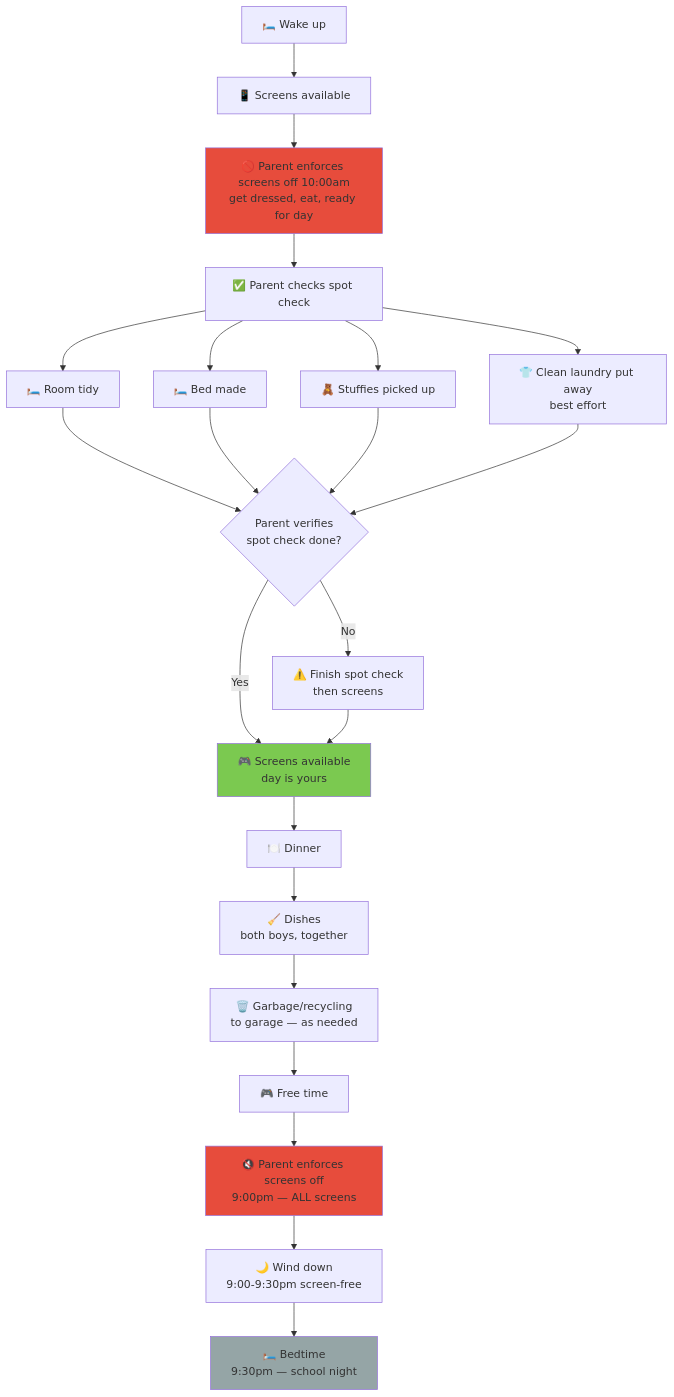
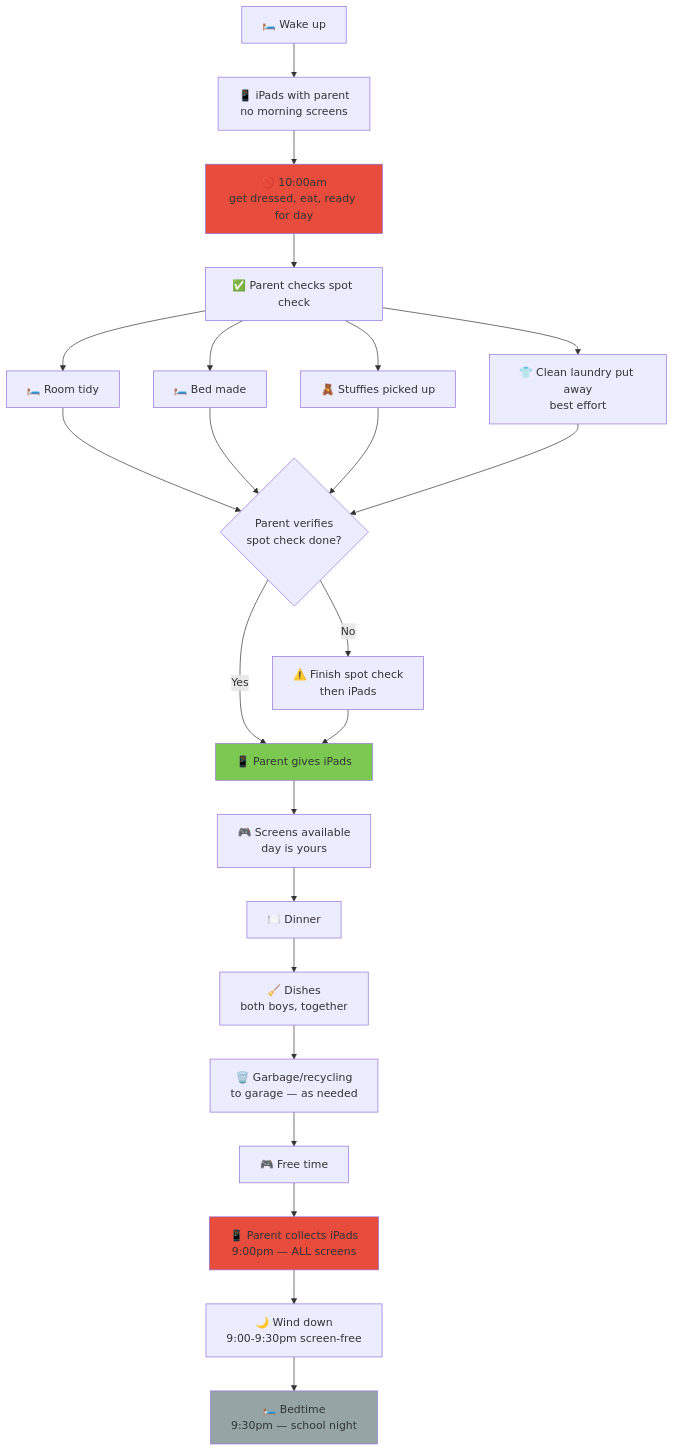
Before and after one commit to ajass/technology-reset: the first of 2 diagrams in day-types/03-sunday.md, drawn with Mermaid. The commit also changed other lines of this file and 8 other files, not shown here.

````diff
--- a/day-types/03-sunday.md
+++ b/day-types/03-sunday.md
@@ -17,29 +17,30 @@
 ```mermaid
 flowchart TD
-    A["🛏️ Wake up"] --> B["📱 Screens available"]
-    B --> C["🚫 Parent enforces screens off 10:00am<br/>get dressed, eat, ready for day"]
+    A["🛏️ Wake up"] --> IP["📱 iPads with parent<br/>no morning screens"]
+    IP --> C["🚫 10:00am<br/>get dressed, eat, ready for day"]
     C --> D["✅ Parent checks spot check"]
     D --> D1["🛏️ Room tidy"]
     D --> D2["🛏️ Bed made"]
     D --> D3["🧸 Stuffies picked up"]
     D --> D4["👕 Clean laundry put away<br/>best effort"]
     D1 --> E{"Parent verifies<br/>spot check done?"}
     D2 --> E
     D3 --> E
     D4 --> E
-    E -->|Yes| F["🎮 Screens available<br/>day is yours"]
-    E -->|No| G["⚠️ Finish spot check<br/>then screens"]
-    G --> F
+    E -->|Yes| DG["📱 Parent gives iPads"]
+    E -->|No| G["⚠️ Finish spot check<br/>then iPads"]
+    G --> DG
+    DG --> F["🎮 Screens available<br/>day is yours"]
     F --> H["🍽️ Dinner"]
     H --> J["🧹 Dishes<br/>both boys, together"]
     J --> K["🗑️ Garbage/recycling<br/>to garage — as needed"]
     K --> L["🎮 Free time"]
-    L --> M["🔇 Parent enforces screens off<br/>9:00pm — ALL screens"]
+    L --> M["📱 Parent collects iPads<br/>9:00pm — ALL screens"]
     M --> N["🌙 Wind down<br/>9:00-9:30pm screen-free"]
     N --> O["🛏️ Bedtime<br/>9:30pm — school night"]
 
     style C fill:#e74c3c
-    style F fill:#7bc950
+    style DG fill:#7bc950
     style M fill:#e74c3c
     style O fill:#95a5a6
 ```
````
